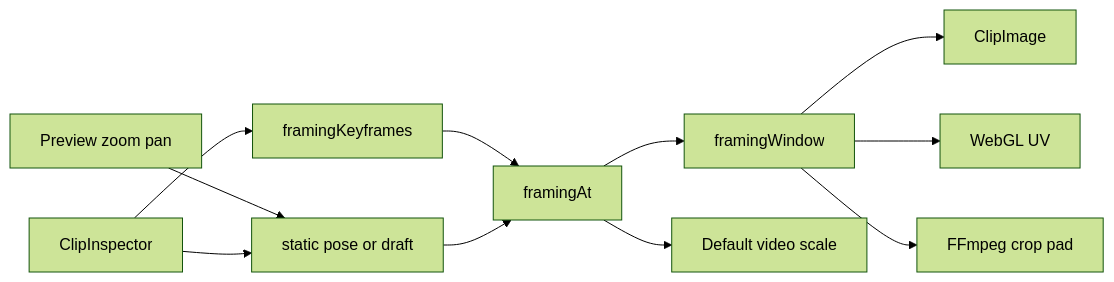
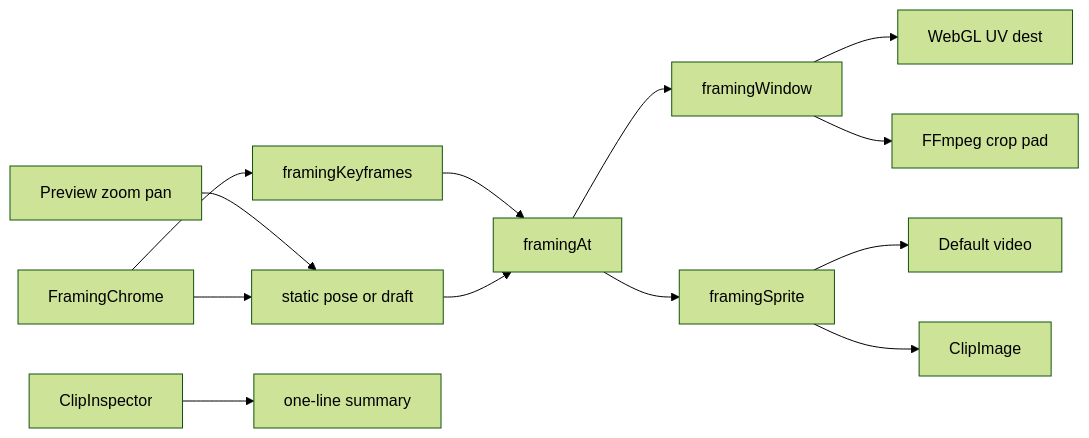
The diagram in .junie/plans/add-framing-animations.md (Queatz/MovieStudio), drawn with Mermaid (forest theme) before and after one commit. The commit also changed other lines of this file and 14 other files, not shown here.

````diff
--- a/.junie/plans/add-framing-animations.md
+++ b/.junie/plans/add-framing-animations.md
@@ -162,13 +180,15 @@
 ```mermaid
 graph LR
   Gest[Preview zoom pan] --> Draft[static pose or draft]
-  Insp[ClipInspector] --> KF[framingKeyframes]
-  Insp --> Draft
+  Chrome[FramingChrome] --> KF[framingKeyframes]
+  Chrome --> Draft
   KF --> At[framingAt]
   Draft --> At
   At --> Win[framingWindow]
-  Win --> Img[ClipImage]
-  Win --> GL[WebGL UV]
+  At --> Sp[framingSprite]
+  Win --> GL[WebGL UV dest]
   Win --> FF[FFmpeg crop pad]
-  At --> Vid[Default video scale]
+  Sp --> Vid[Default video]
+  Sp --> Img[ClipImage]
+  Insp[ClipInspector] --> Sum[one-line summary]
 ```
````
